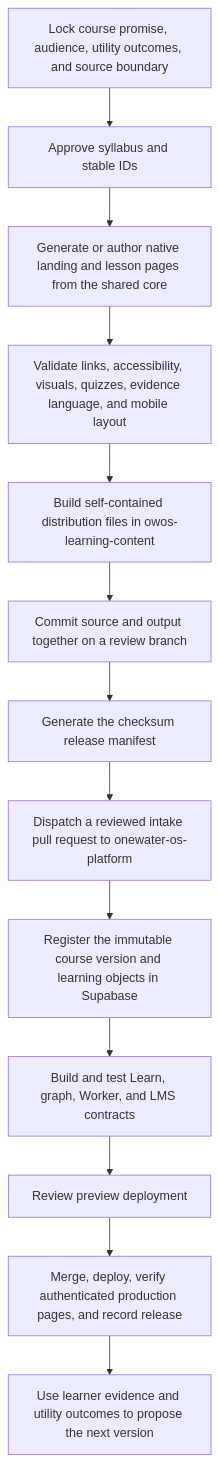
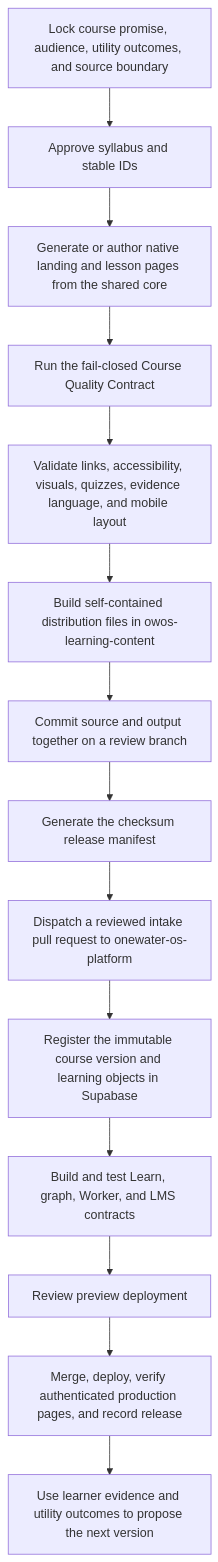
The second of 2 diagrams in docs/OWOS-COURSE-TO-LEARN-ARCHITECTURE.md (hpad66-pixel/owos-learning-content), drawn with Mermaid before and after one commit. The commit also changed other lines of this file, not shown here.

Commit message:
docs: record quality-gated course architecture

````diff
--- a/docs/OWOS-COURSE-TO-LEARN-ARCHITECTURE.md
+++ b/docs/OWOS-COURSE-TO-LEARN-ARCHITECTURE.md
@@ -186,15 +190,16 @@
 ```mermaid
 flowchart TD
     A["Lock course promise, audience, utility outcomes, and source boundary"] --> B["Approve syllabus and stable IDs"]
     B --> C["Generate or author native landing and lesson pages from the shared core"]
-    C --> D["Validate links, accessibility, visuals, quizzes, evidence language, and mobile layout"]
-    D --> E["Build self-contained distribution files in owos-learning-content"]
-    E --> F["Commit source and output together on a review branch"]
+    C --> D["Run the fail-closed Course Quality Contract"]
+    D --> E["Validate links, accessibility, visuals, quizzes, evidence language, and mobile layout"]
+    E --> E2["Build self-contained distribution files in owos-learning-content"]
+    E2 --> F["Commit source and output together on a review branch"]
     F --> G["Generate the checksum release manifest"]
     G --> H["Dispatch a reviewed intake pull request to onewater-os-platform"]
     H --> I["Register the immutable course version and learning objects in Supabase"]
     I --> J["Build and test Learn, graph, Worker, and LMS contracts"]
     J --> K["Review preview deployment"]
     K --> L["Merge, deploy, verify authenticated production pages, and record release"]
     L --> M["Use learner evidence and utility outcomes to propose the next version"]
 ```
````
